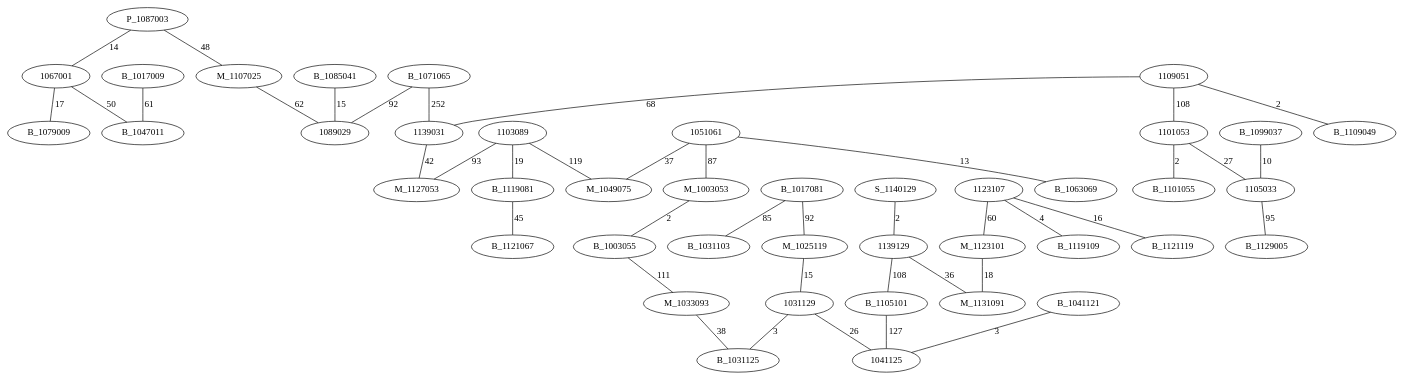
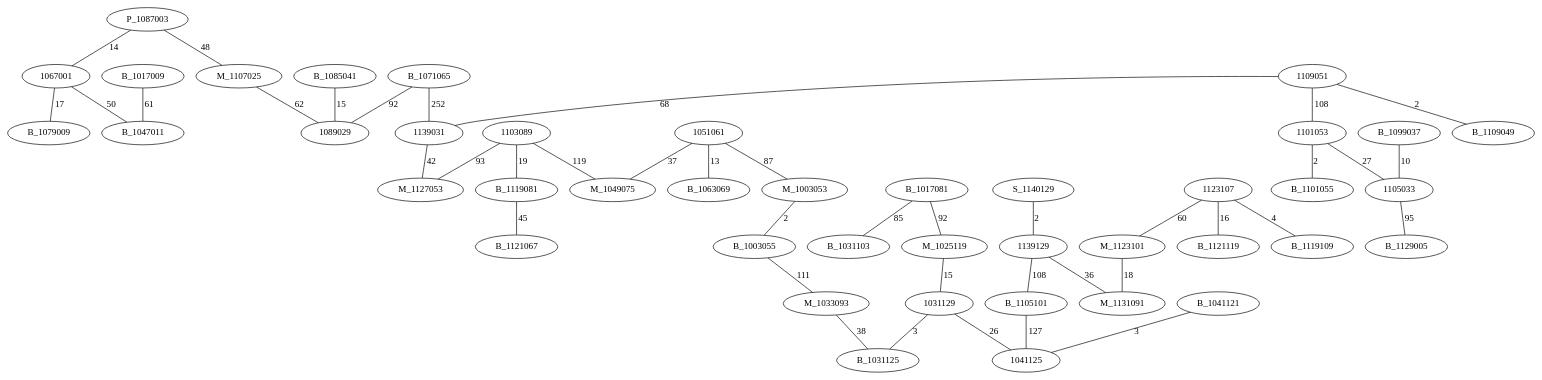
The diagram in Graph.dot (AsmNoob/Labyrinthe), drawn with Graphviz before and after one commit. The commit also changed other lines of this file and 1 other file, not shown here.

```diff
--- a/Graph.dot
+++ b/Graph.dot
@@ -1,45 +1,45 @@
 graph chemin {
 
 	P_1087003 -- 1067001 [label=14]
 	P_1087003 -- M_1107025 [label=48]
 	1103089 -- B_1119081 [label=19]
 	1103089 -- M_1049075 [label=119]
 	1103089 -- M_1127053 [label=93]
+	B_1071065 -- 1139031 [label=252]
 	B_1071065 -- 1089029 [label=92]
-	B_1071065 -- 1139031 [label=252]
 	1067001 -- B_1047011 [label=50]
 	1067001 -- B_1079009 [label=17]
-	1051061 -- M_1003053 [label=87]
 	1051061 -- B_1063069 [label=13]
 	1051061 -- M_1049075 [label=37]
+	1051061 -- M_1003053 [label=87]
 	S_1140129 -- 1139129 [label=2]
+	1109051 -- 1139031 [label=68]
 	1109051 -- 1101053 [label=108]
 	1109051 -- B_1109049 [label=2]
-	1109051 -- 1139031 [label=68]
 	B_1017081 -- M_1025119 [label=92]
 	B_1017081 -- B_1031103 [label=85]
 	B_1017009 -- B_1047011 [label=61]
+	1123107 -- B_1121119 [label=16]
+	1123107 -- B_1119109 [label=4]
 	1123107 -- M_1123101 [label=60]
-	1123107 -- B_1119109 [label=4]
-	1123107 -- B_1121119 [label=16]
 	1139129 -- M_1131091 [label=36]
 	1139129 -- B_1105101 [label=108]
 	M_1123101 -- M_1131091 [label=18]
 	B_1119081 -- B_1121067 [label=45]
 	1139031 -- M_1127053 [label=42]
 	B_1085041 -- 1089029 [label=15]
 	B_1105101 -- 1041125 [label=127]
 	M_1025119 -- 1031129 [label=15]
 	M_1003053 -- B_1003055 [label=2]
 	B_1003055 -- M_1033093 [label=111]
+	1101053 -- 1105033 [label=27]
 	1101053 -- B_1101055 [label=2]
-	1101053 -- 1105033 [label=27]
 	M_1107025 -- 1089029 [label=62]
 	M_1033093 -- B_1031125 [label=38]
 	B_1099037 -- 1105033 [label=10]
 	1105033 -- B_1129005 [label=95]
 	1031129 -- B_1031125 [label=3]
 	1031129 -- 1041125 [label=26]
 	B_1041121 -- 1041125 [label=3]
 
 }
```
